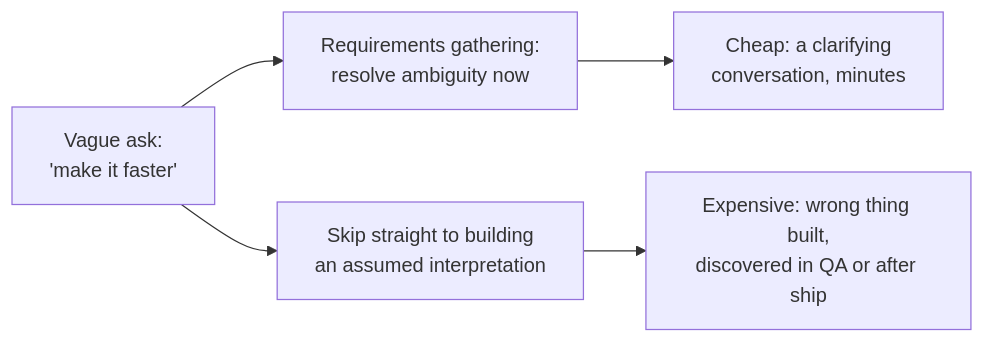
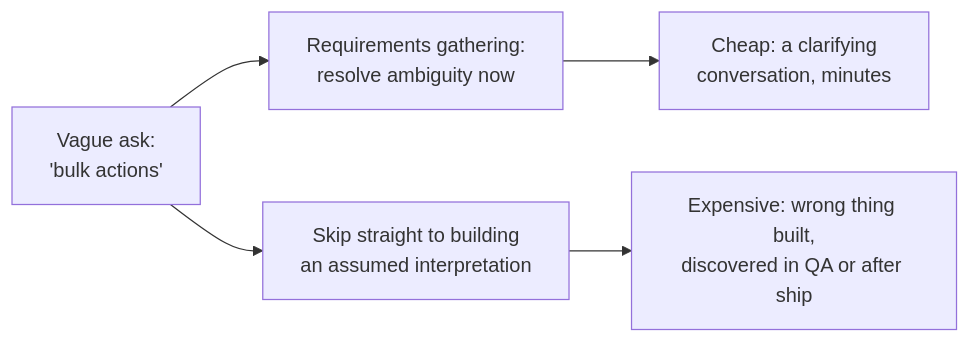
One commit to francoandreDev/knowledge changed the first of 2 diagrams in src/content/product-domain/requirements-gathering/L2-concept.md. Above: the diagram before and after it, drawn with Mermaid. The commit also changed other lines of this file and 19 other files, not shown here.

First line of the commit message:
Retrofit batch 7: requirements-gathering, cost-design, process

````diff
--- a/src/content/product-domain/requirements-gathering/L2-concept.md
+++ b/src/content/product-domain/requirements-gathering/L2-concept.md
@@ -7,7 +16,7 @@
 ```mermaid
 flowchart LR
-    Vague["Vague ask:\n'make it faster'"] --> Gather["Requirements gathering:\nresolve ambiguity now"]
+    Vague["Vague ask:\n'bulk actions'"] --> Gather["Requirements gathering:\nresolve ambiguity now"]
     Vague --> Skip["Skip straight to building\nan assumed interpretation"]
     Gather --> Cheap["Cheap: a clarifying\nconversation, minutes"]
     Skip --> Expensive["Expensive: wrong thing built,\ndiscovered in QA or after ship"]
 ```
````
